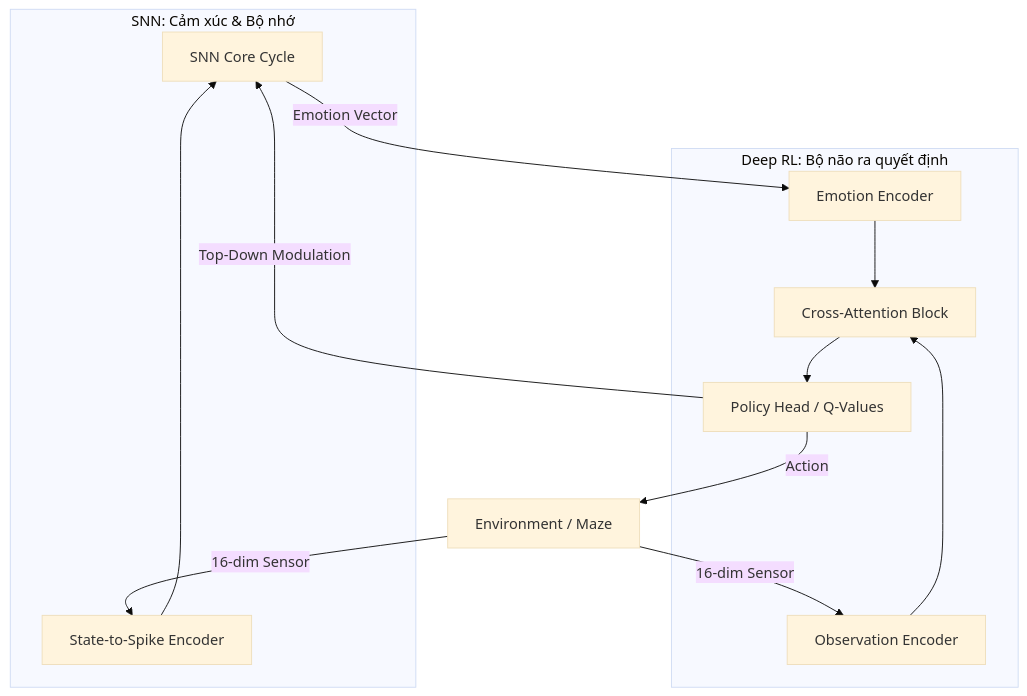
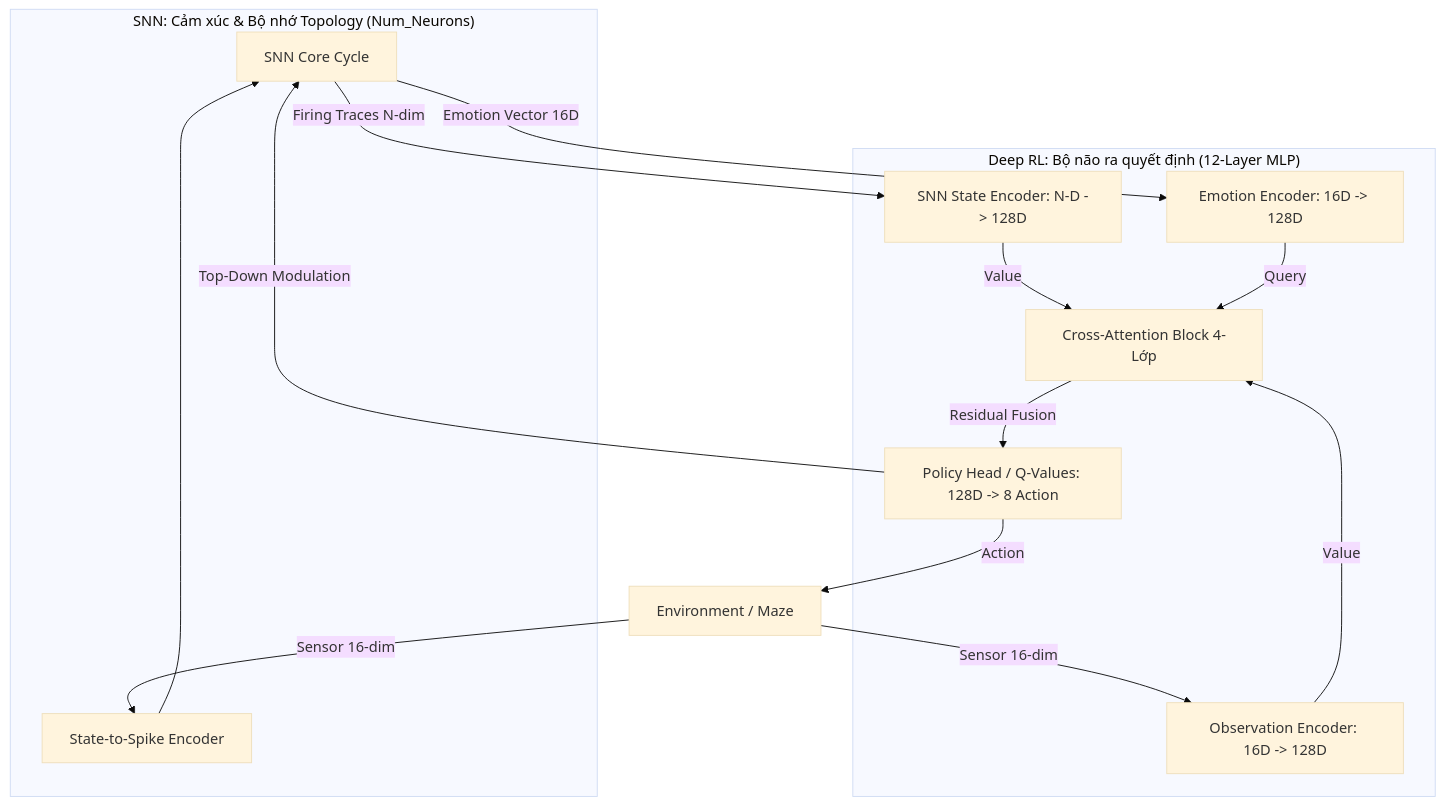
Before and after one commit to dohuyhoang93/emotional-agent: the diagram in Documents/Architecture/NEURAL_BRAIN_ARCHITECTURE.md, drawn with Mermaid (base theme). The commit also changed other lines of this file and 16 other files, not shown here.

Commit message:
chuyển đổi gate vector từ 16 dim sang raw vector tạo từ SNN. Bổ sung thiết lập: snn_state_dim và hidden_dim trong json cho MPL. MLP nhận: h_obs + h_snn (raw), được soi chiếu qua h_emo (16dim) cấu hình tăng exploration_decay = 0.9995 để tăng thời lượng khám phá của SNN

````diff
--- a/Documents/Architecture/NEURAL_BRAIN_ARCHITECTURE.md
+++ b/Documents/Architecture/NEURAL_BRAIN_ARCHITECTURE.md
@@ -33,27 +33,30 @@
 ```mermaid
 graph TD
-    subgraph SNN_Context ["SNN: Cảm xúc & Bộ nhớ"]
+    subgraph SNN_Context ["SNN: Cảm xúc & Bộ nhớ Topology (Num_Neurons)"]
         SNN[SNN Core Cycle]
         Encoder[State-to-Spike Encoder]
     end
 
-    subgraph RL_Context ["Deep RL: Bộ não ra quyết định"]
-        Obs_Enc[Observation Encoder]
-        Emo_Enc[Emotion Encoder]
-        Attn[Cross-Attention Block]
-        MLP[Policy Head / Q-Values]
+    subgraph RL_Context ["Deep RL: Bộ não ra quyết định (12-Layer MLP)"]
+        Obs_Enc[Observation Encoder: 16D -> 128D]
+        Emo_Enc[Emotion Encoder: 16D -> 128D]
+        SNN_Enc[SNN State Encoder: N-D -> 128D]
+        Attn[Cross-Attention Block 4-Lớp]
+        MLP[Policy Head / Q-Values: 128D -> 8 Action]
     end
 
-    ENV[Environment / Maze] -->|16-dim Sensor| Encoder
-    ENV -->|16-dim Sensor| Obs_Enc
+    ENV[Environment / Maze] -->|Sensor 16-dim| Encoder
+    ENV -->|Sensor 16-dim| Obs_Enc
     
     Encoder --> SNN
-    SNN -->|Emotion Vector| Emo_Enc
+    SNN -->|Emotion Vector 16D| Emo_Enc
+    SNN -->|Firing Traces N-dim| SNN_Enc
     
-    Obs_Enc --> Attn
-    Emo_Enc --> Attn
+    Obs_Enc -->|Value| Attn
+    SNN_Enc -->|Value| Attn
+    Emo_Enc -->|Query| Attn
     
-    Attn --> MLP
+    Attn -->|Residual Fusion| MLP
     MLP -->|Action| ENV
     MLP -->|Top-Down Modulation| SNN
 ```
````
